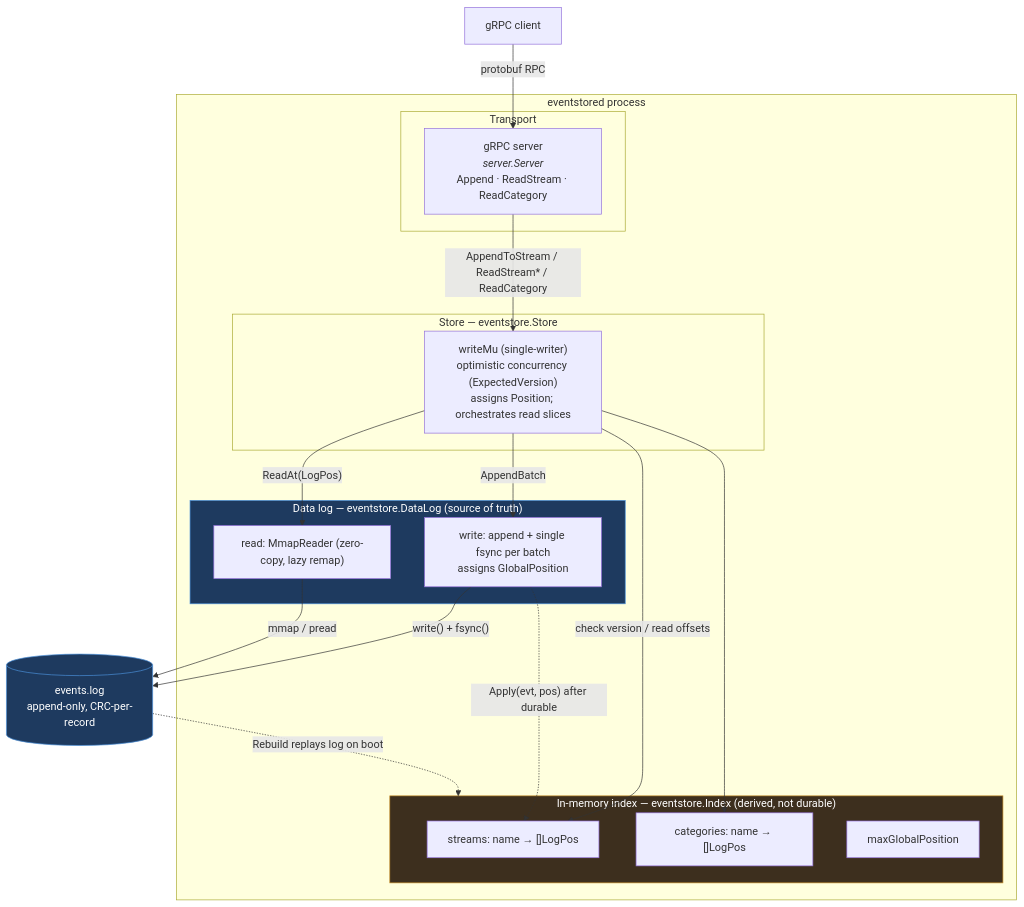
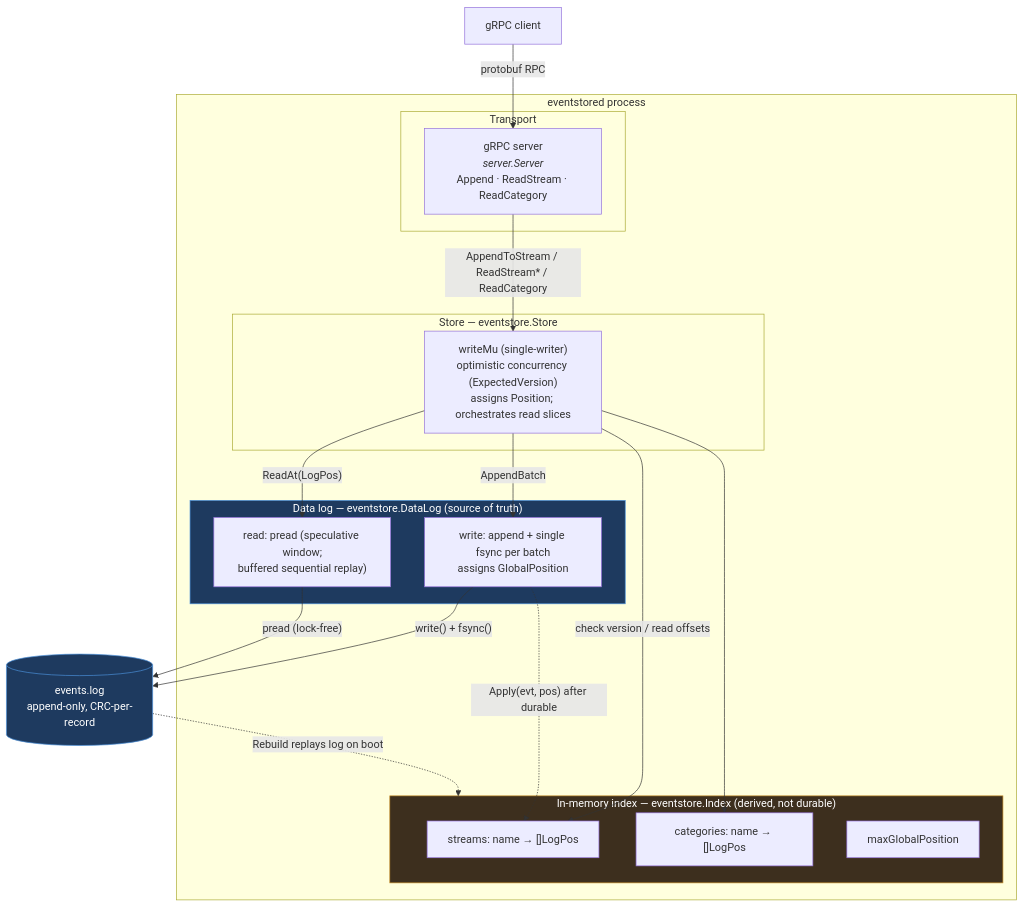
One commit to leow93/eventstore changed the first of 6 diagrams in doc/architecture.md. Above: the diagram before and after it, drawn with Mermaid. The commit also changed other lines of this file and 12 other files, not shown here.

Commit message:
pread over mmap for now

````diff
--- a/doc/architecture.md
+++ b/doc/architecture.md
@@ -14,46 +17,46 @@
 ```mermaid
 flowchart TB
     client["gRPC client"]
 
     subgraph proc["eventstored process"]
         subgraph net["Transport"]
             grpc["gRPC server<br/><i>server.Server</i><br/>Append · ReadStream · ReadCategory"]
         end
 
         subgraph core["Store — eventstore.Store"]
             store["writeMu (single-writer)<br/>optimistic concurrency (ExpectedVersion)<br/>assigns Position; orchestrates read slices"]
         end
 
         subgraph derived["In-memory index — eventstore.Index (derived, not durable)"]
             idx_streams["streams: name → []LogPos"]
             idx_cats["categories: name → []LogPos"]
             idx_gp["maxGlobalPosition"]
         end
 
         subgraph logsub["Data log — eventstore.DataLog (source of truth)"]
             writepath["write: append + single fsync per batch<br/>assigns GlobalPosition"]
-            readpath["read: MmapReader (zero-copy, lazy remap)"]
+            readpath["read: pread (speculative window;<br/>buffered sequential replay)"]
         end
     end
 
     disk[("events.log<br/>append-only, CRC-per-record")]
 
     client -->|"protobuf RPC"| grpc
     grpc -->|"AppendToStream / ReadStream* / ReadCategory"| store
 
     store -->|"check version / read offsets"| idx_streams
     store --> idx_cats
     store -->|"AppendBatch"| writepath
     store -->|"ReadAt(LogPos)"| readpath
 
     writepath -->|"write() + fsync()"| disk
-    readpath -->|"mmap / pread"| disk
+    readpath -->|"pread (lock-free)"| disk
 
     writepath -.->|"Apply(evt, pos) after durable"| idx_streams
     disk -.->|"Rebuild replays log on boot"| derived
 
     classDef truth fill:#1e3a5f,stroke:#4a90d9,color:#fff
     classDef mem fill:#3d2f1e,stroke:#c9902a,color:#fff
     class logsub,disk truth
     class derived mem
 ```
````
